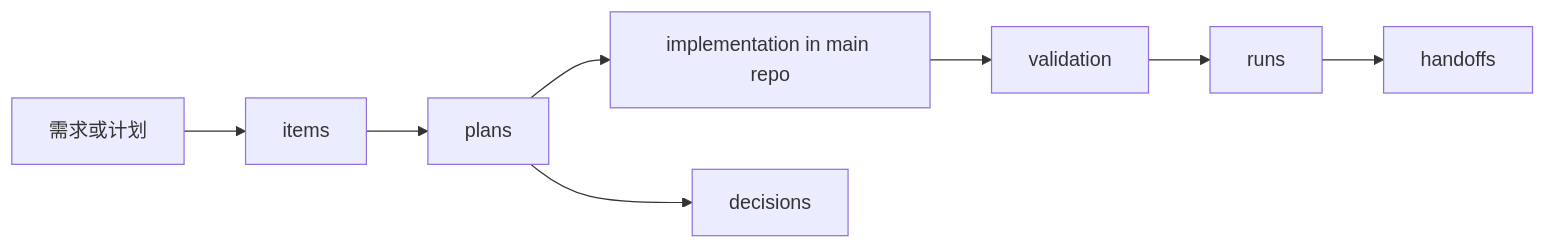
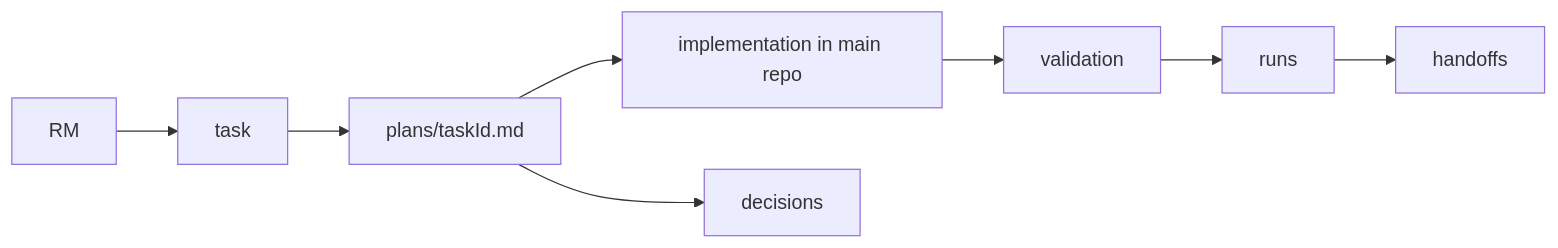
One commit to whynotsnow/blog changed the first of 3 diagrams in src/content/posts/agent-project-sidecar-skill.md. Above: the diagram before and after it, drawn with Mermaid. The commit also changed other lines of this file and 9 other files, not shown here.

````diff
--- a/src/content/posts/agent-project-sidecar-skill.md
+++ b/src/content/posts/agent-project-sidecar-skill.md
@@ -58,10 +61,10 @@
 ```mermaid
 flowchart LR
-    A[需求或计划] --> B[items]
-    B --> C[plans]
+    A[RM] --> B[task]
+    B --> C[plans/taskId.md]
     C --> D[implementation in main repo]
     D --> E[validation]
     E --> F[runs]
     F --> G[handoffs]
     C --> H[decisions]
 ```
````
